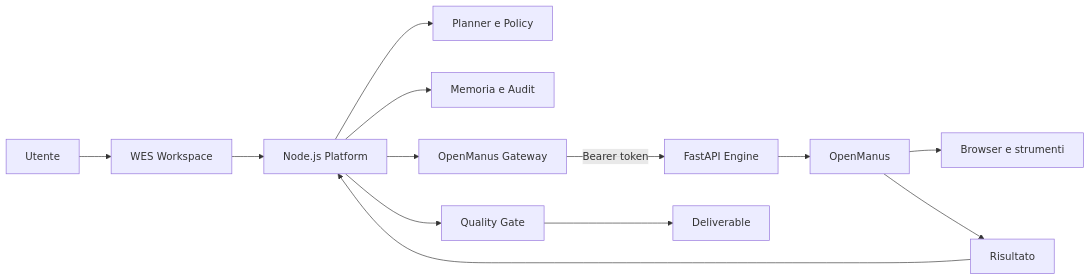
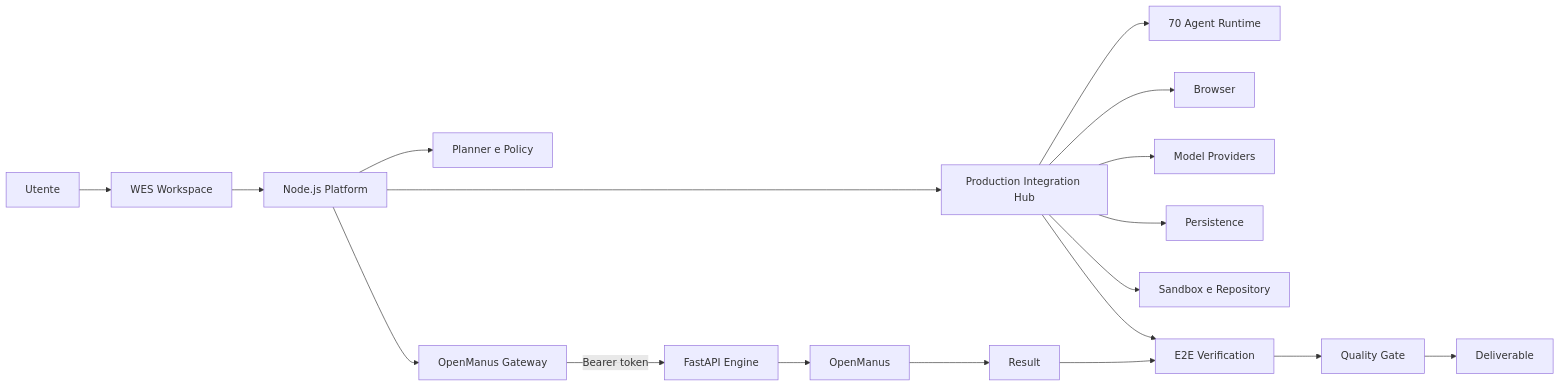
The diagram in README.md (walterzannoni90-netizen/piattaformaipersonale), drawn with Mermaid before and after one commit. The commit also changed other lines of this file, not shown here.

Commit message:
Refresh README with verified production runtime status

````diff
--- a/README.md
+++ b/README.md
@@ -46,15 +65,20 @@
 ```mermaid
 flowchart LR
     U[Utente] --> UI[WES Workspace]
     UI --> N[Node.js Platform]
     N --> P[Planner e Policy]
-    N --> M[Memoria e Audit]
+    N --> H[Production Integration Hub]
+    H --> A[70 Agent Runtime]
+    H --> B[Browser]
+    H --> M[Model Providers]
+    H --> D[Persistence]
+    H --> S[Sandbox e Repository]
+    H --> E[E2E Verification]
     N --> G[OpenManus Gateway]
     G -->|Bearer token| F[FastAPI Engine]
     F --> OM[OpenManus]
-    OM --> B[Browser e strumenti]
-    OM --> R[Risultato]
-    R --> N
-    N --> Q[Quality Gate]
-    Q --> D[Deliverable]
+    OM --> R[Result]
+    R --> E
+    E --> Q[Quality Gate]
+    Q --> OUT[Deliverable]
 ```
````
